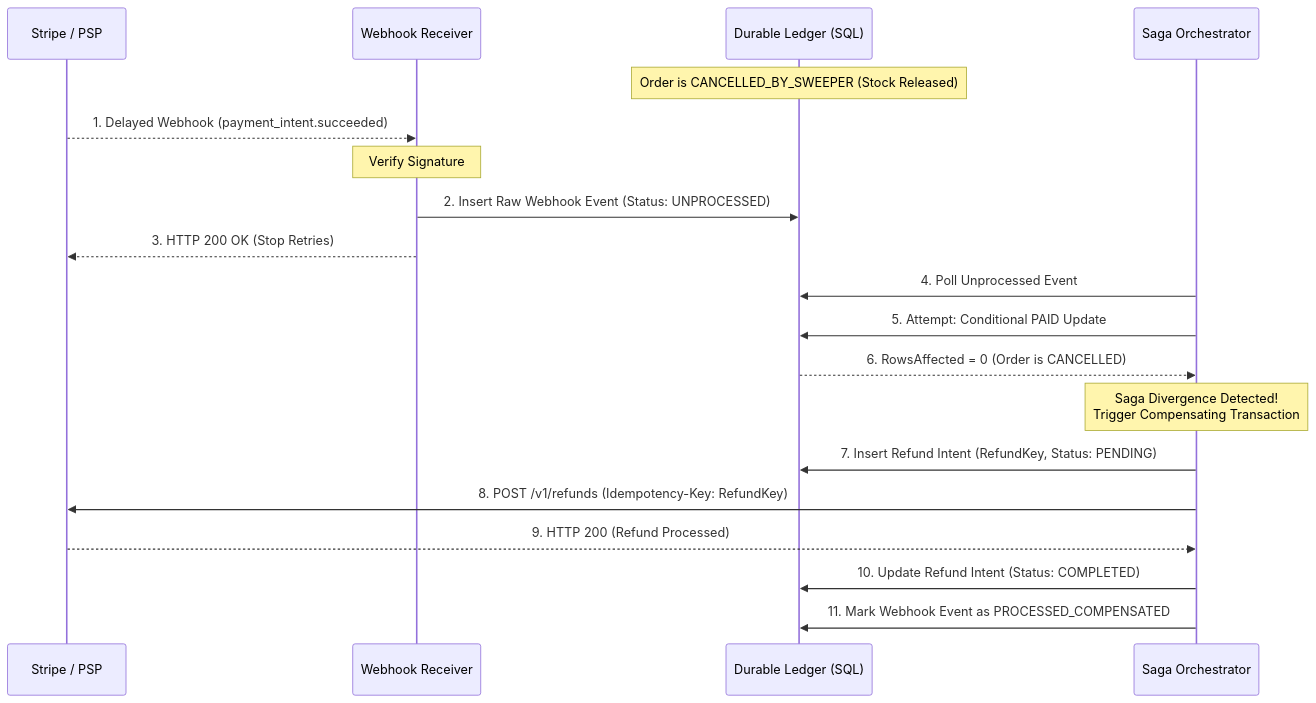
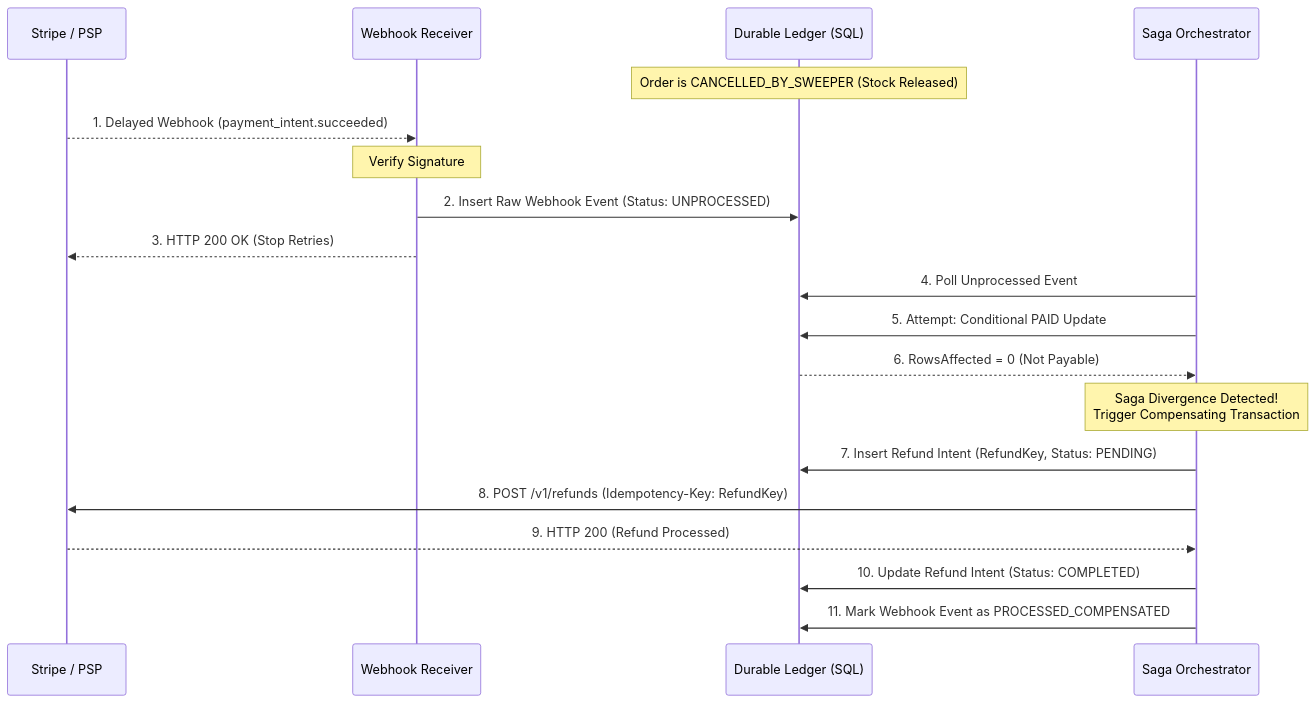
Before and after one commit to tuanhiep/tuanhiep.github.io: the diagram in content/posts/series_3/4.global_flash_sale_engine_payment_idempotency.md, drawn with Mermaid.

Commit message:
Global Flash Sale Engine (4/4): Core Payment Integration & Distributed Idempotency

````diff
--- a/content/posts/series_3/4.global_flash_sale_engine_payment_idempotency.md
+++ b/content/posts/series_3/4.global_flash_sale_engine_payment_idempotency.md
@@ -156,24 +156,24 @@
 ```mermaid
 sequenceDiagram
     participant PSP as Stripe / PSP
     participant WH as Webhook Receiver
     participant DB as Durable Ledger (SQL)
     participant Worker as Saga Orchestrator
 
     Note over DB: Order is CANCELLED_BY_SWEEPER (Stock Released)
     PSP-->>WH: 1. Delayed Webhook (payment_intent.succeeded)
     Note over WH: Verify Signature
     WH->>DB: 2. Insert Raw Webhook Event (Status: UNPROCESSED)
     WH-->>PSP: 3. HTTP 200 OK (Stop Retries)
     
     Worker->>DB: 4. Poll Unprocessed Event
     Worker->>DB: 5. Attempt: Conditional PAID Update
-    DB-->>Worker: 6. RowsAffected = 0 (Order is CANCELLED)
+    DB-->>Worker: 6. RowsAffected = 0 (Not Payable)
     
     Note over Worker: Saga Divergence Detected!<br/>Trigger Compensating Transaction
     Worker->>DB: 7. Insert Refund Intent (RefundKey, Status: PENDING)
     Worker->>PSP: 8. POST /v1/refunds (Idempotency-Key: RefundKey)
     PSP-->>Worker: 9. HTTP 200 (Refund Processed)
     Worker->>DB: 10. Update Refund Intent (Status: COMPLETED)
     Worker->>DB: 11. Mark Webhook Event as PROCESSED_COMPENSATED
 ```
````
